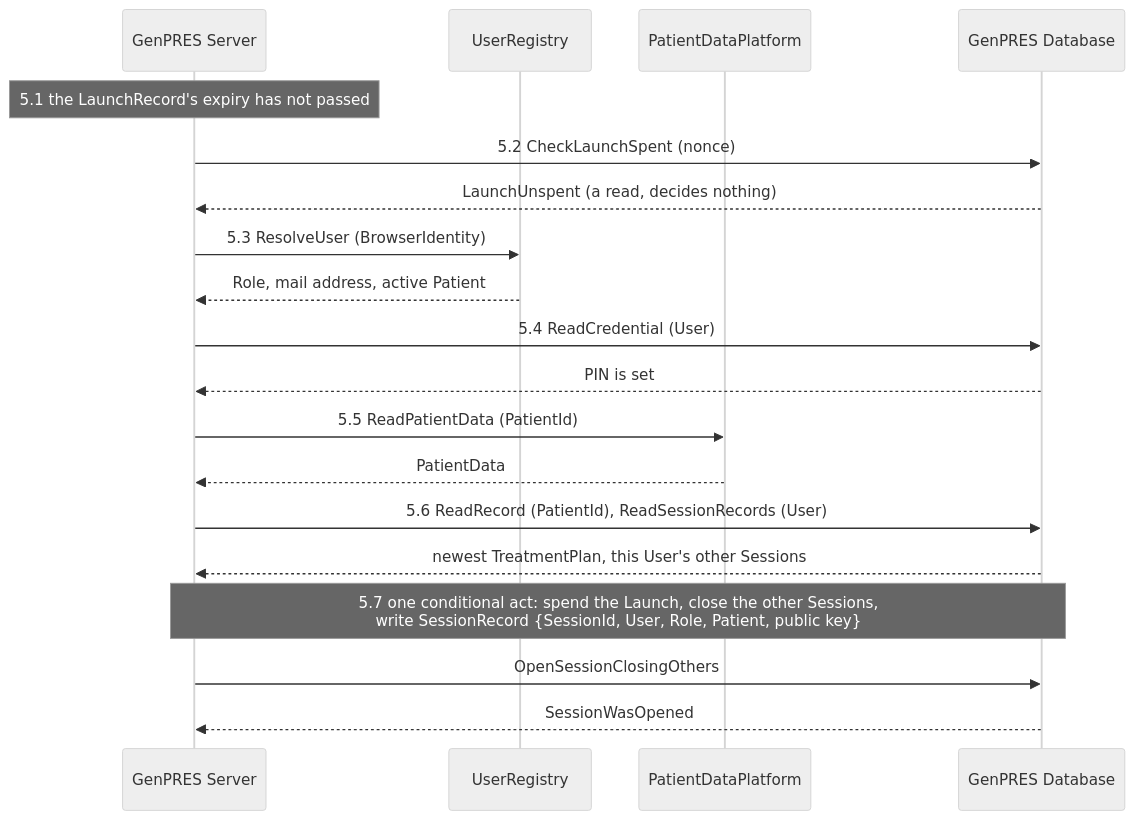
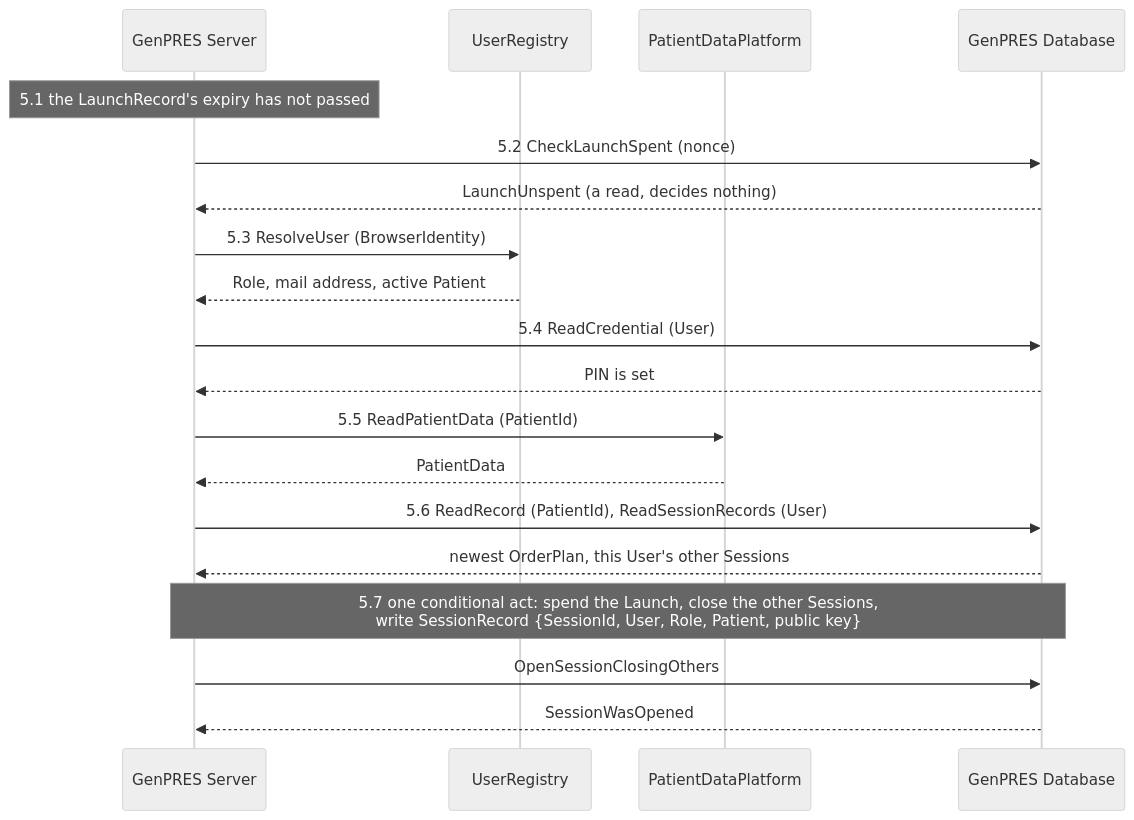
One commit to informedica/GenPRES changed the third of 4 diagrams in docs/scenarios/integration/uc-01-launch.md. Above: the diagram before and after it, drawn with Mermaid (neutral theme). The commit also changed other lines of this file and 11 other files, not shown here.

First line of the commit message:
docs: call the integration design's TreatmentPlan OrderPlan

````diff
--- a/docs/scenarios/integration/uc-01-launch.md
+++ b/docs/scenarios/integration/uc-01-launch.md
@@ -127,22 +127,22 @@
 ```mermaid
 sequenceDiagram
     participant S as GenPRES Server
     participant R as UserRegistry
     participant P as PatientDataPlatform
     participant D as GenPRES Database
 
     Note over S: 5.1 the LaunchRecord's expiry has not passed
     S->>D: 5.2 CheckLaunchSpent (nonce)
     D-->>S: LaunchUnspent (a read, decides nothing)
     S->>R: 5.3 ResolveUser (BrowserIdentity)
     R-->>S: Role, mail address, active Patient
     S->>D: 5.4 ReadCredential (User)
     D-->>S: PIN is set
     S->>P: 5.5 ReadPatientData (PatientId)
     P-->>S: PatientData
     S->>D: 5.6 ReadRecord (PatientId), ReadSessionRecords (User)
-    D-->>S: newest TreatmentPlan, this User's other Sessions
+    D-->>S: newest OrderPlan, this User's other Sessions
     Note over S,D: 5.7 one conditional act: spend the Launch, close the other Sessions,<br/>write SessionRecord {SessionId, User, Role, Patient, public key}
     S->>D: OpenSessionClosingOthers
     D-->>S: SessionWasOpened
 ```
````
